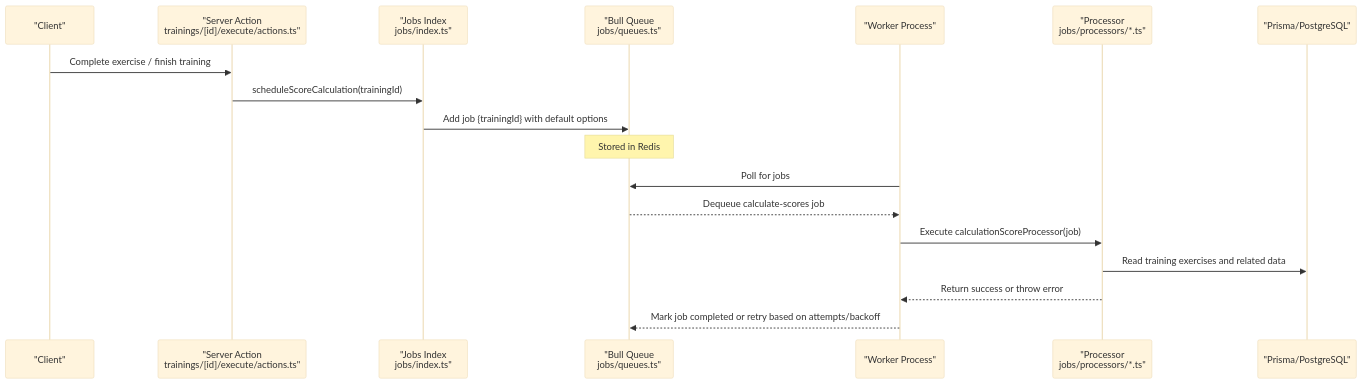
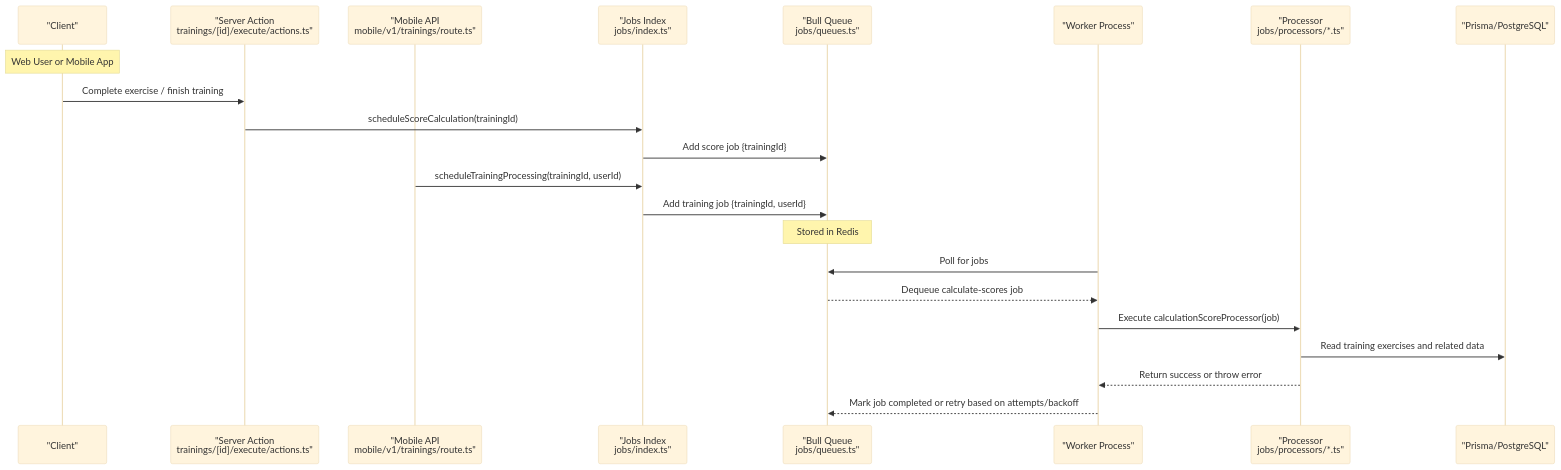
Before and after one commit to Dezzpil/meingym: the second of 9 diagrams in .qoder/repowiki/en/content/Background Job System.md, drawn with Mermaid (base theme). The commit also changed other lines of this file and 5 other files, not shown here.

````diff
--- a/.qoder/repowiki/en/content/Background Job System.md
+++ b/.qoder/repowiki/en/content/Background Job System.md
@@ -106,20 +136,24 @@
 ```mermaid
 sequenceDiagram
 participant Client as "Client"
 participant ServerAction as "Server Action<br/>trainings/[id]/execute/actions.ts"
+participant MobileAPI as "Mobile API<br/>mobile/v1/trainings/route.ts"
 participant JobsIndex as "Jobs Index<br/>jobs/index.ts"
 participant Queue as "Bull Queue<br/>jobs/queues.ts"
 participant Worker as "Worker Process"
 participant Processor as "Processor<br/>jobs/processors/*.ts"
 participant DB as "Prisma/PostgreSQL"
+Note over Client : Web User or Mobile App
 Client->>ServerAction : Complete exercise / finish training
 ServerAction->>JobsIndex : scheduleScoreCalculation(trainingId)
-JobsIndex->>Queue : Add job {trainingId} with default options
+JobsIndex->>Queue : Add score job {trainingId}
+MobileAPI->>JobsIndex : scheduleTrainingProcessing(trainingId, userId)
+JobsIndex->>Queue : Add training job {trainingId, userId}
 Note over Queue : Stored in Redis
 Worker->>Queue : Poll for jobs
 Queue-->>Worker : Dequeue calculate-scores job
 Worker->>Processor : Execute calculationScoreProcessor(job)
 Processor->>DB : Read training exercises and related data
 Processor-->>Worker : Return success or throw error
 Worker-->>Queue : Mark job completed or retry based on attempts/backoff
 ```
````
